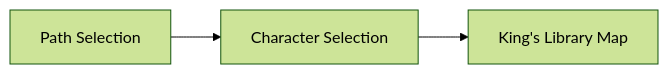
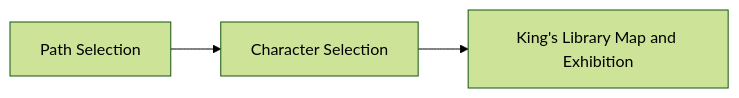
The second of 2 diagrams in pages/docs.md (falaimo99/webdev), drawn with Mermaid (forest theme) before and after one commit. The commit also changed other lines of this file and 1 other file, not shown here.

Commit message:
docs lack theming, item schema descriptions yet and conclusions

````diff
--- a/pages/docs.md
+++ b/pages/docs.md
@@ -116,6 +116,6 @@
 ```mermaid
 flowchart LR
 
-n1["Path Selection"] --> n2["Character Selection"] --> n3["King's Library Map"]
+n1["Path Selection"] --> n2["Character Selection"] --> n3["King's Library Map and Exhibition"]
 
 ```
````
